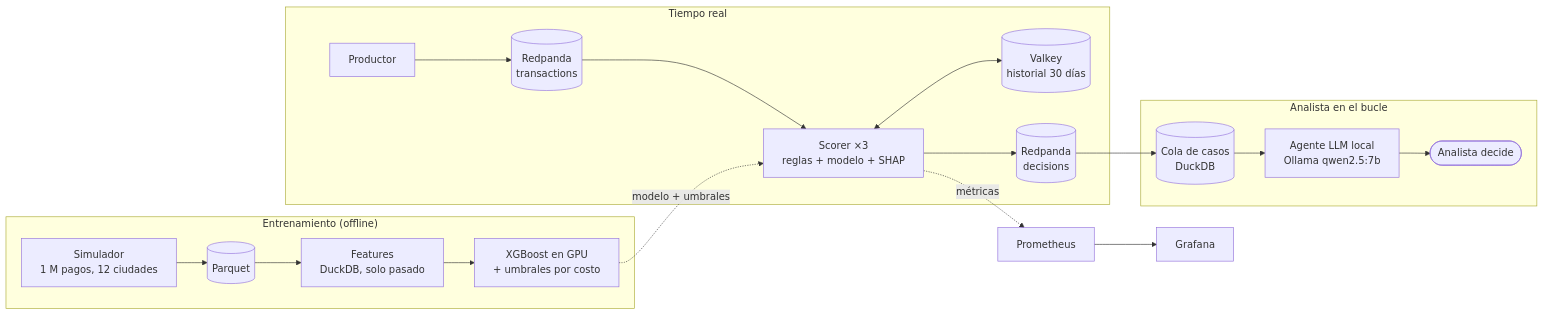
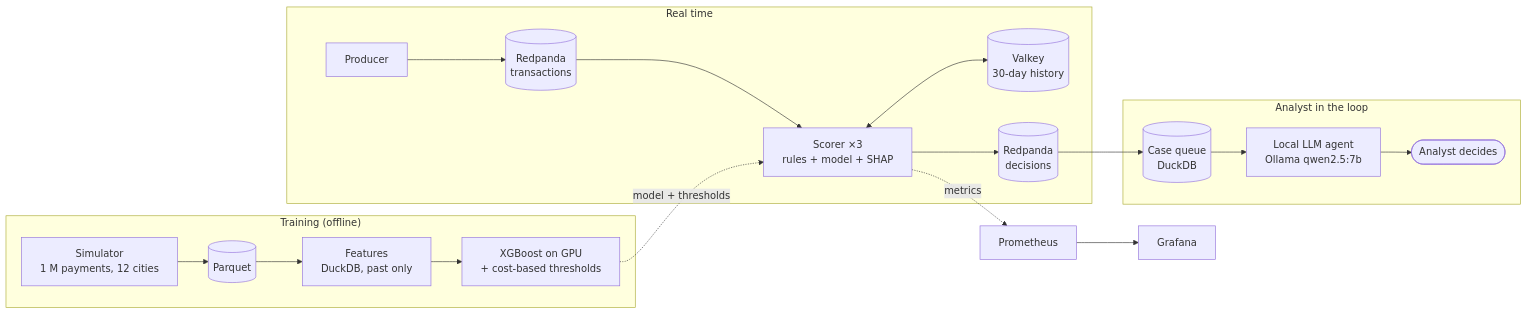
The diagram in README.md (Fabricioanchundia/Halcon), drawn with Mermaid before and after one commit. The commit also changed other lines of this file and 1 other file, not shown here.

````diff
--- a/README.md
+++ b/README.md
@@ -44,24 +35,24 @@
 ```mermaid
 flowchart LR
-    subgraph offline["Entrenamiento (offline)"]
-        SIM["Simulador<br/>1 M pagos, 12 ciudades"] --> PQ[("Parquet")]
-        PQ --> FE["Features<br/>DuckDB, solo pasado"]
-        FE --> TR["XGBoost en GPU<br/>+ umbrales por costo"]
+    subgraph offline["Training (offline)"]
+        SIM["Simulator<br/>1 M payments, 12 cities"] --> PQ[("Parquet")]
+        PQ --> FE["Features<br/>DuckDB, past only"]
+        FE --> TR["XGBoost on GPU<br/>+ cost-based thresholds"]
     end
 
-    subgraph online["Tiempo real"]
-        PR["Productor"] --> TX[("Redpanda<br/>transactions")]
-        TX --> SC["Scorer ×3<br/>reglas + modelo + SHAP"]
-        SC <--> VK[("Valkey<br/>historial 30 días")]
+    subgraph online["Real time"]
+        PR["Producer"] --> TX[("Redpanda<br/>transactions")]
+        TX --> SC["Scorer ×3<br/>rules + model + SHAP"]
+        SC <--> VK[("Valkey<br/>30-day history")]
         SC --> DE[("Redpanda<br/>decisions")]
     end
 
-    subgraph humano["Analista en el bucle"]
-        DE --> CQ[("Cola de casos<br/>DuckDB")]
-        CQ --> AG["Agente LLM local<br/>Ollama qwen2.5:7b"]
-        AG --> AN(["Analista decide"])
+    subgraph human["Analyst in the loop"]
+        DE --> CQ[("Case queue<br/>DuckDB")]
+        CQ --> AG["Local LLM agent<br/>Ollama qwen2.5:7b"]
+        AG --> AN(["Analyst decides"])
     end
 
-    TR -. "modelo + umbrales" .-> SC
-    SC -. métricas .-> PM["Prometheus"] --> GF["Grafana"]
+    TR -. "model + thresholds" .-> SC
+    SC -. metrics .-> PM["Prometheus"] --> GF["Grafana"]
 ```
````
